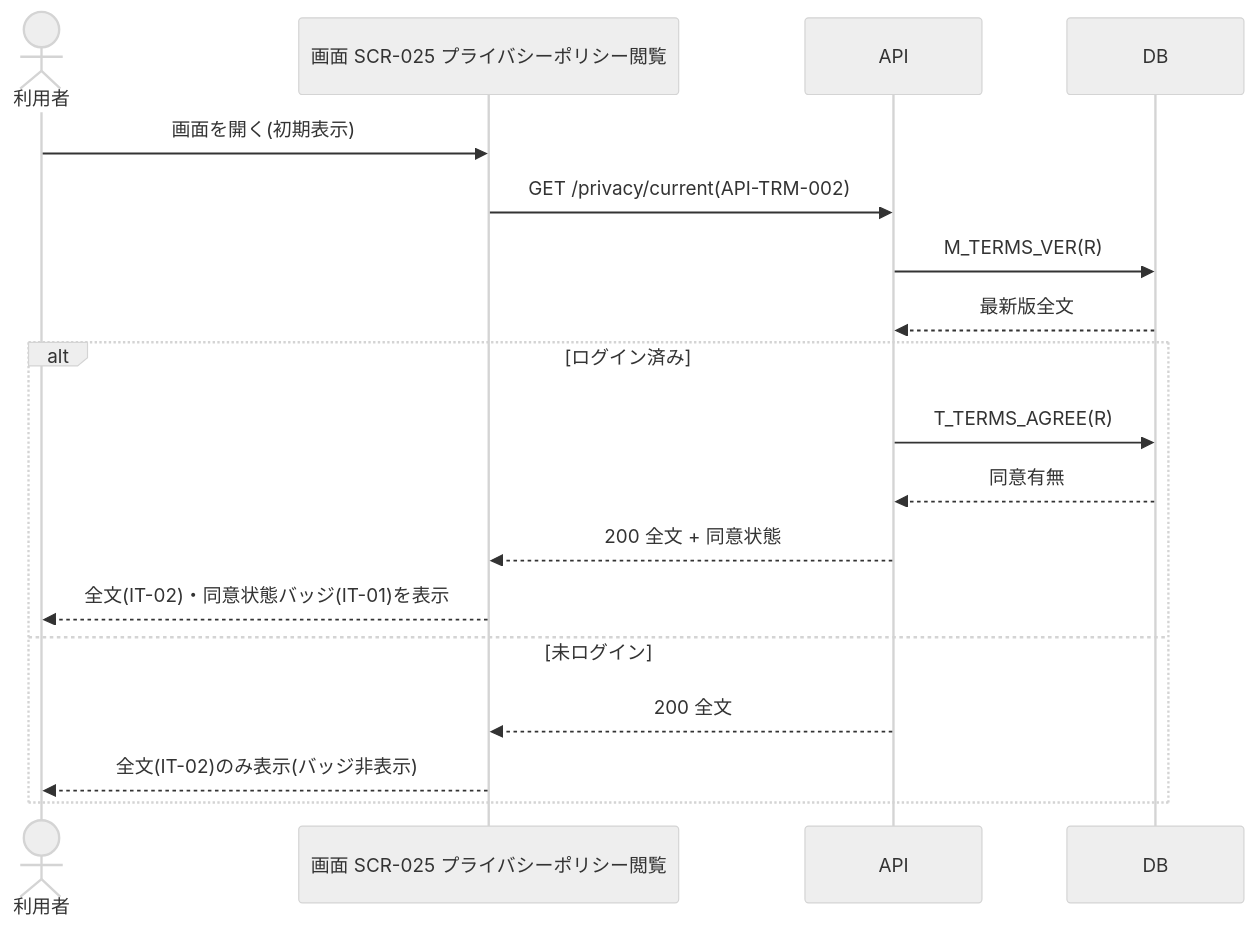
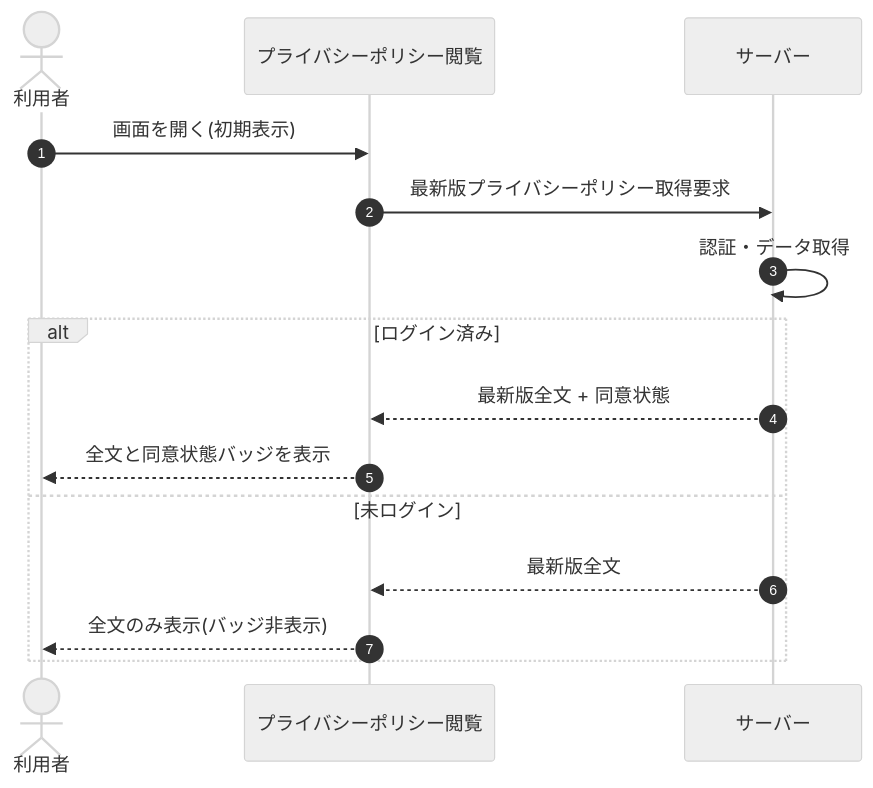
Before and after one commit to sikakou54/open-faq: the diagram in 02_basic_design/05_sequences/SEQ-076.md, drawn with Mermaid (neutral theme). The commit also changed other lines of this file and 108 other files, not shown here.

First line of the commit message:
基本設計: シーケンス図を基本設計粒度(ユーザー/画面/サーバー)へ再編成

````diff
--- a/02_basic_design/05_sequences/SEQ-076.md
+++ b/02_basic_design/05_sequences/SEQ-076.md
@@ -25,20 +32,17 @@
 ```mermaid
 sequenceDiagram
+  autonumber
   actor U as 利用者
-  participant S as 画面 SCR-025 プライバシーポリシー閲覧
-  participant API as API
-  participant DB as DB
-  U->>S: 画面を開く(初期表示)
-  S->>API: GET /privacy/current(API-TRM-002)
-  API->>DB: M_TERMS_VER(R)
-  DB-->>API: 最新版全文
+  participant Screen as プライバシーポリシー閲覧
+  participant Server as サーバー
+  U->>Screen: 画面を開く(初期表示)
+  Screen->>Server: 最新版プライバシーポリシー取得要求
+  Server->>Server: 認証・データ取得
   alt ログイン済み
-    API->>DB: T_TERMS_AGREE(R)
-    DB-->>API: 同意有無
-    API-->>S: 200 全文 + 同意状態
-    S-->>U: 全文(IT-02)・同意状態バッジ(IT-01)を表示
+    Server-->>Screen: 最新版全文 + 同意状態
+    Screen-->>U: 全文と同意状態バッジを表示
   else 未ログイン
-    API-->>S: 200 全文
-    S-->>U: 全文(IT-02)のみ表示(バッジ非表示)
+    Server-->>Screen: 最新版全文
+    Screen-->>U: 全文のみ表示(バッジ非表示)
   end
 ```
````
